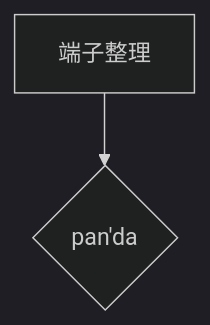
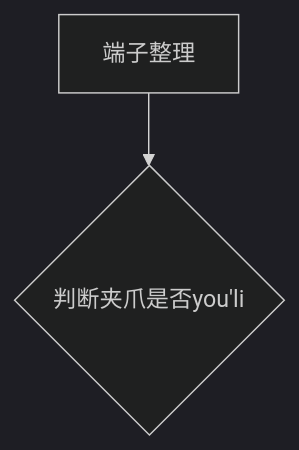
One commit to zmq000/iodraw-files changed the diagram in all/VR-OP90端子整理1.md. Above: the diagram before and after it, drawn with Mermaid (dark theme).

Commit message:
2026-06-18 15:59:18 update

````diff
--- a/all/VR-OP90端子整理1.md
+++ b/all/VR-OP90端子整理1.md
@@ -1,5 +1,5 @@
 ```mermaid
 graph TD
 0[端子整理]-->10
-10{pan'da}
+10{判断夹爪是否you'li}
 ```
````
